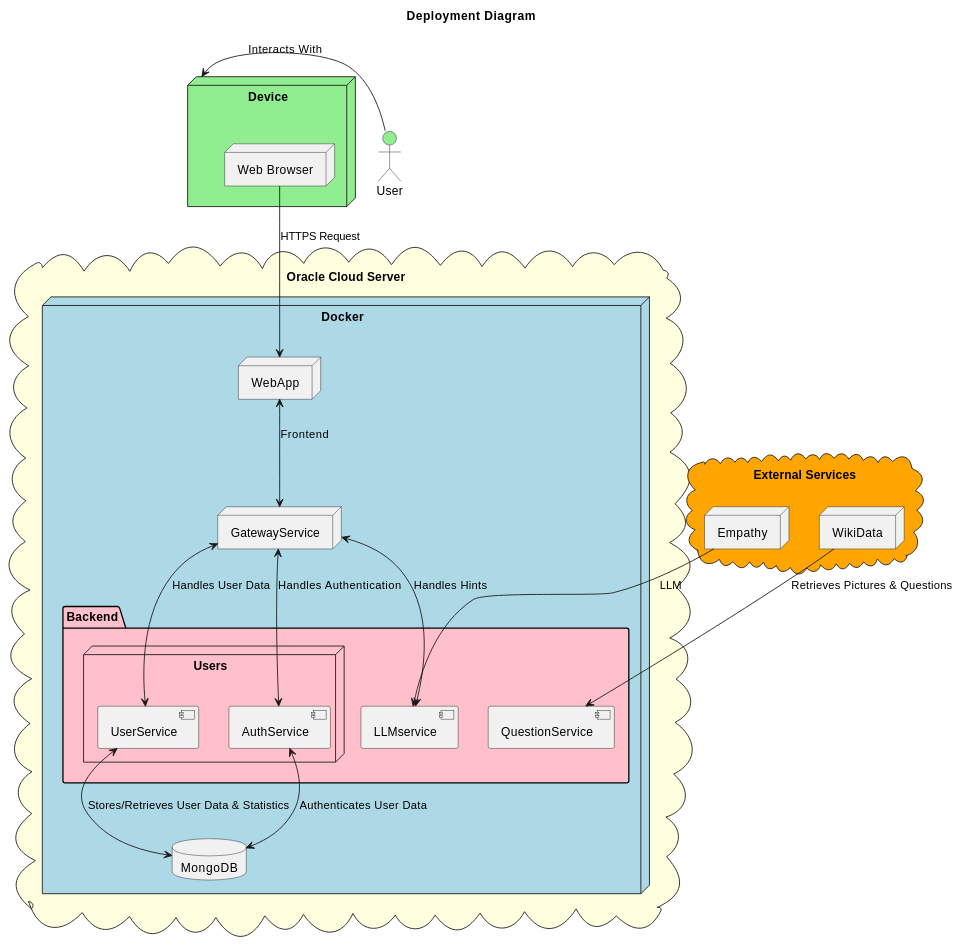
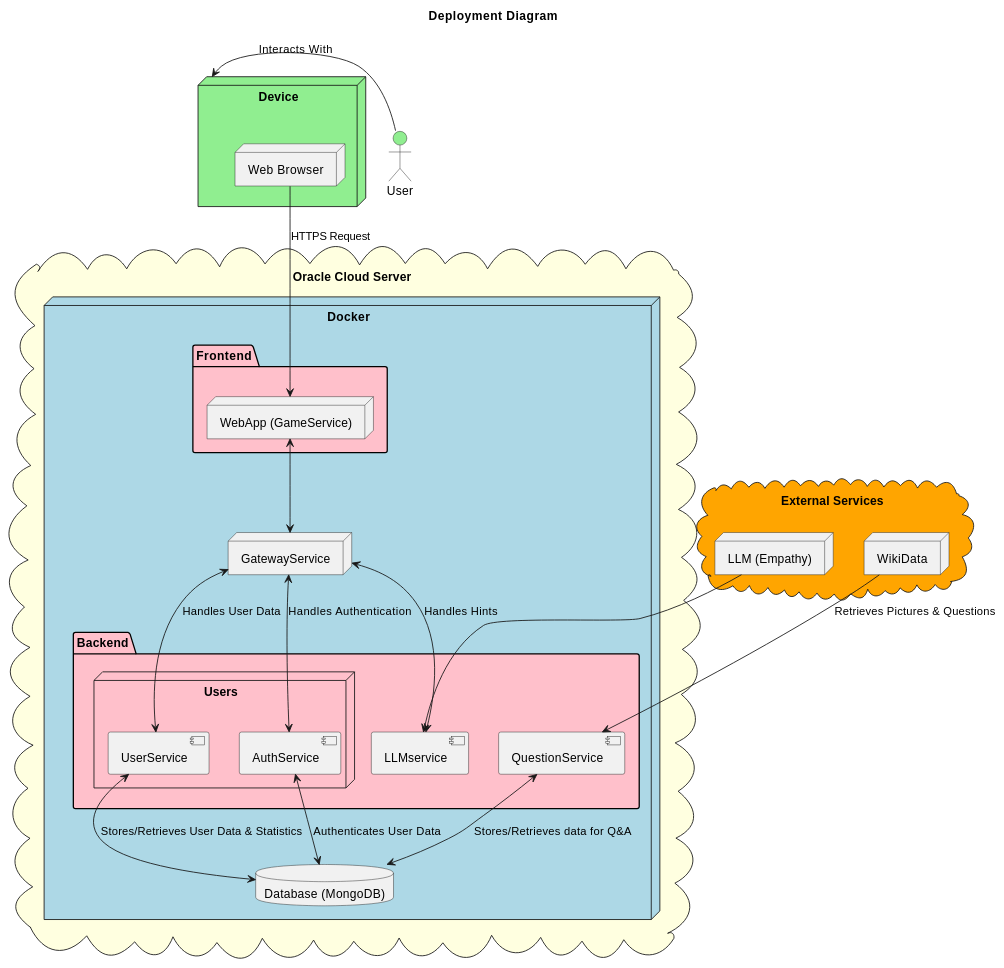
One commit to Arquisoft/wichat_en3b changed the diagram in docs/src/07_deployment_view.adoc. Above: the diagram before and after it, drawn with PlantUML.

Commit message:
Diagram of part 7 (Deployment)

```diff
--- a/docs/src/07_deployment_view.adoc
+++ b/docs/src/07_deployment_view.adoc
@@ -63,47 +63,50 @@
 [plantuml,"Deployment-View",png]
 ----
 @startuml
 title Deployment Diagram
 
 actor "User" as user #lightgreen
 
 node Device as device #lightgreen {
     node "Web Browser" as browser
 }
 
 cloud "Oracle Cloud Server" as server #lightyellow {
     node "Docker" as docker #lightblue {
-        node "WebApp" as webapp
+        folder "Frontend" as frontend #pink {
+            node "WebApp (GameService)" as webapp
+        }
+
         node "GatewayService" as gateway
-        database "MongoDB" as db
+        database "Database (MongoDB)" as db
 
         folder "Backend" as microservices #pink {
             node "Users" as users {
               component "AuthService" as authservice
               component "UserService" as userservice
             }
+            component "QuestionService" as questionservice
             component "LLMservice" as llmservice
-            component "QuestionService" as questionservice
         }
     }
-    
 }
 
 cloud "External Services" as external #orange {
     node "WikiData" as wikidata
-    node "Empathy" as empathy
+    node "LLM (Empathy)" as empathy
 }
 
 user -left-> device : Interacts With
 browser --> webapp : HTTPS Request
-webapp <--> gateway : Frontend
+webapp <--> gateway
 gateway <--> authservice : Handles Authentication
 gateway <--> userservice : Handles User Data
 gateway <--> llmservice : Handles Hints
-empathy --> llmservice : LLM 
+empathy --> llmservice
 wikidata --> questionservice : Retrieves Pictures & Questions
 userservice <--> db : Stores/Retrieves User Data & Statistics
 authservice <--> db : Authenticates User Data
+questionservice <--> db : Stores/Retrieves data for Q&A
 
 @enduml
 ----
```
